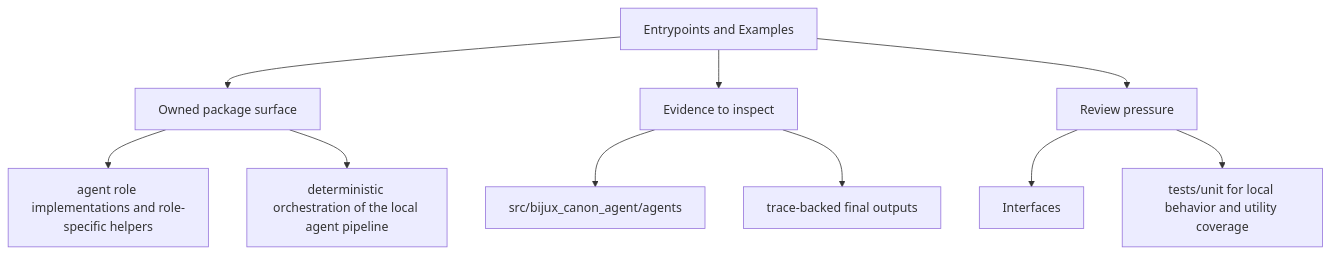
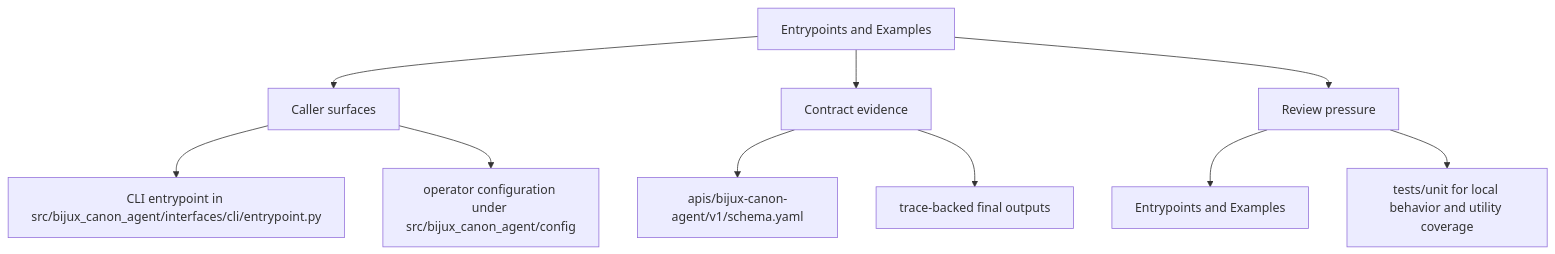
Before and after one commit to bijux/bijux-canon: the second of 2 diagrams in docs/bijux-canon-agent/interfaces/entrypoints-and-examples.md, drawn with Mermaid. The commit also changed other lines of this file and 250 other files, not shown here.

Commit message:
docs(diagrams): make product page maps more readable

````diff
--- a/docs/bijux-canon-agent/interfaces/entrypoints-and-examples.md
+++ b/docs/bijux-canon-agent/interfaces/entrypoints-and-examples.md
@@ -34,22 +34,22 @@
 ```mermaid
 flowchart TD
     page["Entrypoints and Examples"]
-    focus1["Owned package surface"]
+    focus1["Caller surfaces"]
     page --> focus1
-    focus1_1["agent role implementations and role-specific helpers"]
+    focus1_1["CLI entrypoint in src/bijux_canon_agent/interfaces/cli/entrypoint.py"]
     focus1 --> focus1_1
-    focus1_2["deterministic orchestration of the local agent pipeline"]
+    focus1_2["operator configuration under src/bijux_canon_agent/config"]
     focus1 --> focus1_2
-    focus2["Evidence to inspect"]
+    focus2["Contract evidence"]
     page --> focus2
-    focus2_1["src/bijux_canon_agent/agents"]
+    focus2_1["apis/bijux-canon-agent/v1/schema.yaml"]
     focus2 --> focus2_1
     focus2_2["trace-backed final outputs"]
     focus2 --> focus2_2
     focus3["Review pressure"]
     page --> focus3
-    focus3_1["Interfaces"]
+    focus3_1["Entrypoints and Examples"]
     focus3 --> focus3_1
     focus3_2["tests/unit for local behavior and utility coverage"]
     focus3 --> focus3_2
 ```
````
